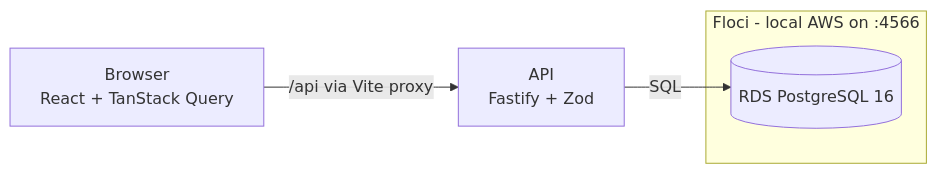
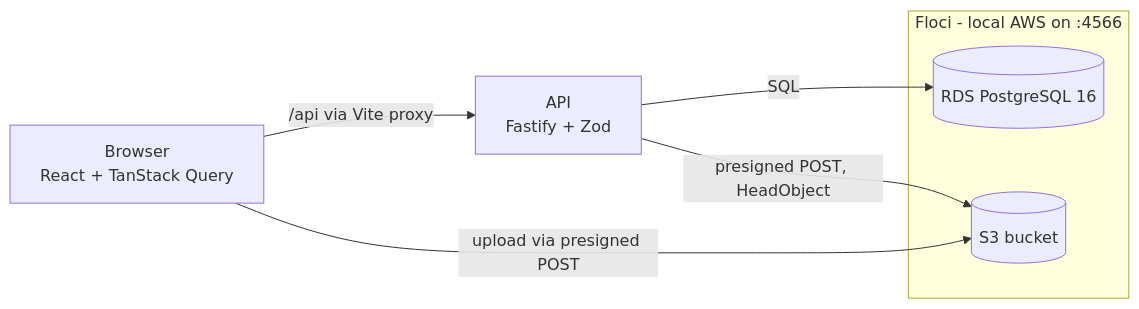
Before and after one commit to oguzbits/squawk: the diagram in README.md, drawn with Mermaid. The commit also changed other lines of this file, not shown here.

Commit message:
docs: describe defect upload in README

````diff
--- a/README.md
+++ b/README.md
@@ -9,8 +9,11 @@
 ```mermaid
 flowchart LR
   browser[Browser<br/>React + TanStack Query] -->|/api via Vite proxy| api[API<br/>Fastify + Zod]
   api -->|SQL| rds[(RDS PostgreSQL 16)]
+  api -->|presigned POST, HeadObject| s3[(S3 bucket)]
+  browser -->|upload via presigned POST| s3
   subgraph floci[Floci - local AWS on :4566]
     rds
+    s3
   end
 ```
````
